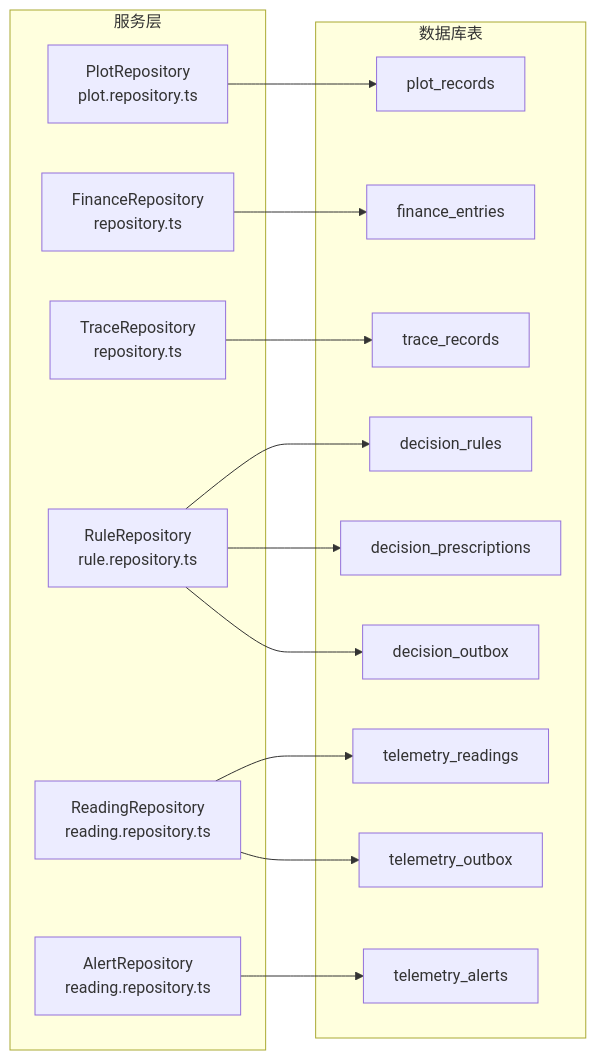
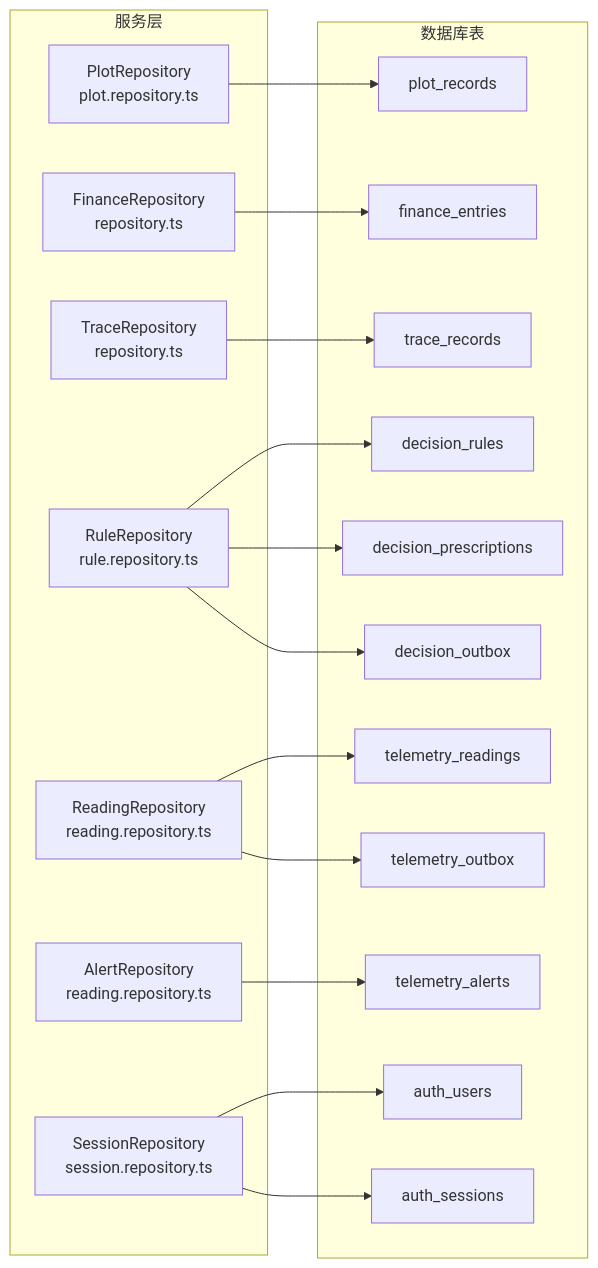
Before and after one commit to q446328246/agri-platform: the second of 8 diagrams in .qoder/repowiki/zh/content/数据库设计/数据库设计.md, drawn with Mermaid. The commit also changed other lines of this file and 110 other files, not shown here.

````diff
--- a/.qoder/repowiki/zh/content/数据库设计/数据库设计.md
+++ b/.qoder/repowiki/zh/content/数据库设计/数据库设计.md
@@ -87,31 +106,36 @@
 ```mermaid
 graph LR
 subgraph "服务层"
 PS["PlotRepository<br/>plot.repository.ts"]
 FS["FinanceRepository<br/>repository.ts"]
 TRS["TraceRepository<br/>repository.ts"]
 RS["RuleRepository<br/>rule.repository.ts"]
 RR["ReadingRepository<br/>reading.repository.ts"]
 AR["AlertRepository<br/>reading.repository.ts"]
+ASR["SessionRepository<br/>session.repository.ts"]
 end
 subgraph "数据库表"
 T1["plot_records"]
 T2["finance_entries"]
 T3["trace_records"]
 T4["decision_rules"]
 T5["decision_prescriptions"]
 T6["telemetry_readings"]
 T7["telemetry_alerts"]
 T8["decision_outbox"]
 T9["telemetry_outbox"]
+T10["auth_users"]
+T11["auth_sessions"]
 end
 PS --> T1
 FS --> T2
 TRS --> T3
 RS --> T4
 RS --> T5
 RR --> T6
 AR --> T7
 RS --> T8
 RR --> T9
+ASR --> T10
+ASR --> T11
 ```
````
